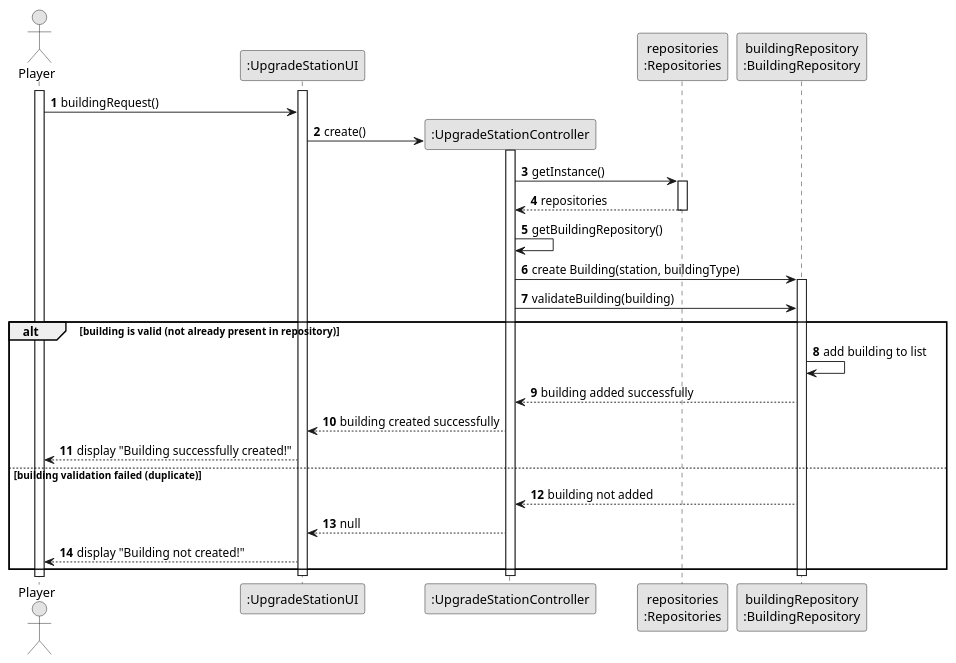
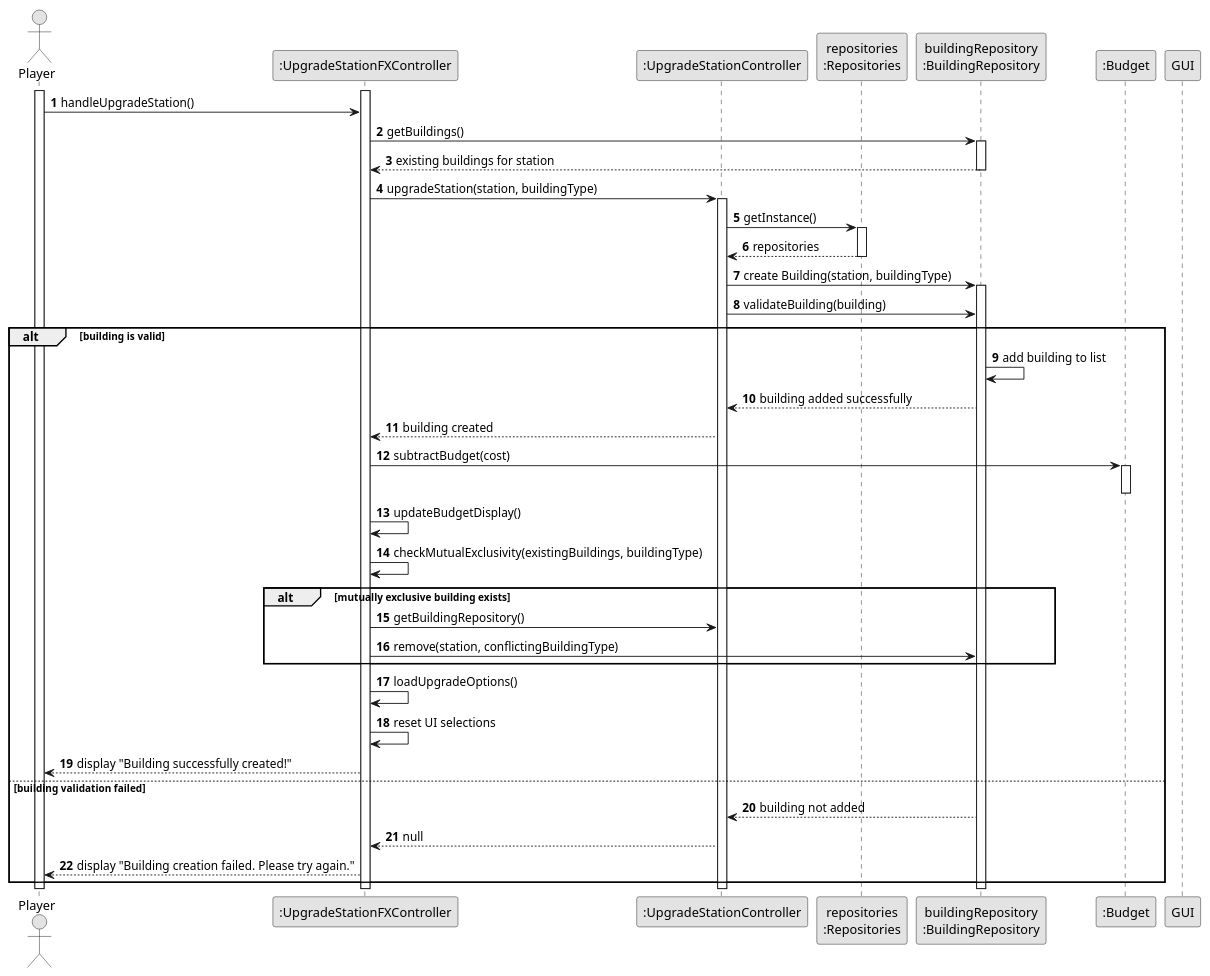
One commit to goncalolopesp/sem2-pi-24.25-g093-repo changed the diagram in docs/system-documentation/US006/03.design/puml/US006-SD-applyAndSuccess.puml. Above: the diagram before and after it, drawn with PlantUML. The commit also changed 10 other files, not shown here.

```diff
--- a/docs/system-documentation/US006/03.design/puml/US006-SD-applyAndSuccess.puml
+++ b/docs/system-documentation/US006/03.design/puml/US006-SD-applyAndSuccess.puml
@@ -1,50 +1,70 @@
 @startuml US006-SD-applyAndSuccess
 skinparam monochrome true
 skinparam packageStyle rectangle
 skinparam shadowing false
 
 autonumber
 
 actor "Player" as Player
-participant ":UpgradeStationUI" as UpgradeStationUI
-participant ":UpgradeStationController" as UpgradeStationController
+participant ":UpgradeStationFXController" as Controller
+participant ":UpgradeStationController" as UpgradeController
 participant "repositories\n:Repositories" as Repo
 participant "buildingRepository\n:BuildingRepository" as BuildingRepository
+participant ":Budget" as Budget
 
 activate Player
-activate UpgradeStationUI
+activate Controller
 
-Player -> UpgradeStationUI : buildingRequest()
-create UpgradeStationController
-UpgradeStationUI -> UpgradeStationController  : create()
-activate UpgradeStationController
-UpgradeStationController -> Repo : getInstance()
+Player -> Controller : handleUpgradeStation()
+
+Controller -> BuildingRepository : getBuildings()
+activate BuildingRepository
+BuildingRepository --> Controller : existing buildings for station
+deactivate BuildingRepository
+
+Controller -> UpgradeController : upgradeStation(station, buildingType)
+activate UpgradeController
+
+UpgradeController -> Repo : getInstance()
 activate Repo
-Repo --> UpgradeStationController : repositories
+Repo --> UpgradeController : repositories
 deactivate Repo
 
-UpgradeStationController -> UpgradeStationController : getBuildingRepository()
+UpgradeController -> BuildingRepository : create Building(station, buildingType)
+activate BuildingRepository
+UpgradeController -> BuildingRepository : validateBuilding(building)
 
-UpgradeStationController -> BuildingRepository : create Building(station, buildingType)
-activate BuildingRepository
-UpgradeStationController -> BuildingRepository : validateBuilding(building)
+alt building is valid
+    BuildingRepository -> BuildingRepository : add building to list
+    BuildingRepository --> UpgradeController : building added successfully
+    UpgradeController --> Controller : building created
 
-alt building is valid (not already present in repository)
-    BuildingRepository -> BuildingRepository : add building to list
-    BuildingRepository --> UpgradeStationController : building added successfully
+    Controller -> Budget : subtractBudget(cost)
+    activate Budget
+    deactivate Budget
 
-    UpgradeStationController --> UpgradeStationUI : building created successfully
-    UpgradeStationUI --> Player : display "Building successfully created!"
+    Controller -> Controller : updateBudgetDisplay()
+    Controller -> Controller : checkMutualExclusivity(existingBuildings, buildingType)
 
-else building validation failed (duplicate)
-    BuildingRepository --> UpgradeStationController : building not added
+    alt mutually exclusive building exists
+        Controller -> UpgradeController : getBuildingRepository()
+        Controller -> BuildingRepository : remove(station, conflictingBuildingType)
+    end
 
-    UpgradeStationController --> UpgradeStationUI : null
-    UpgradeStationUI --> Player : display "Building not created!"
+    Controller -> Controller : loadUpgradeOptions()
+    Controller -> Controller : reset UI selections
+    Controller --> Player : display "Building successfully created!"
+
+else building validation failed
+    BuildingRepository --> UpgradeController : building not added
+    UpgradeController --> Controller : null
+    Controller --> Player : display "Building creation failed. Please try again."
 end
 
 deactivate BuildingRepository
-deactivate UpgradeStationController
-deactivate UpgradeStationUI
+deactivate UpgradeController
+deactivate Controller
+deactivate GUI
+deactivate Player
 
 @enduml
```
